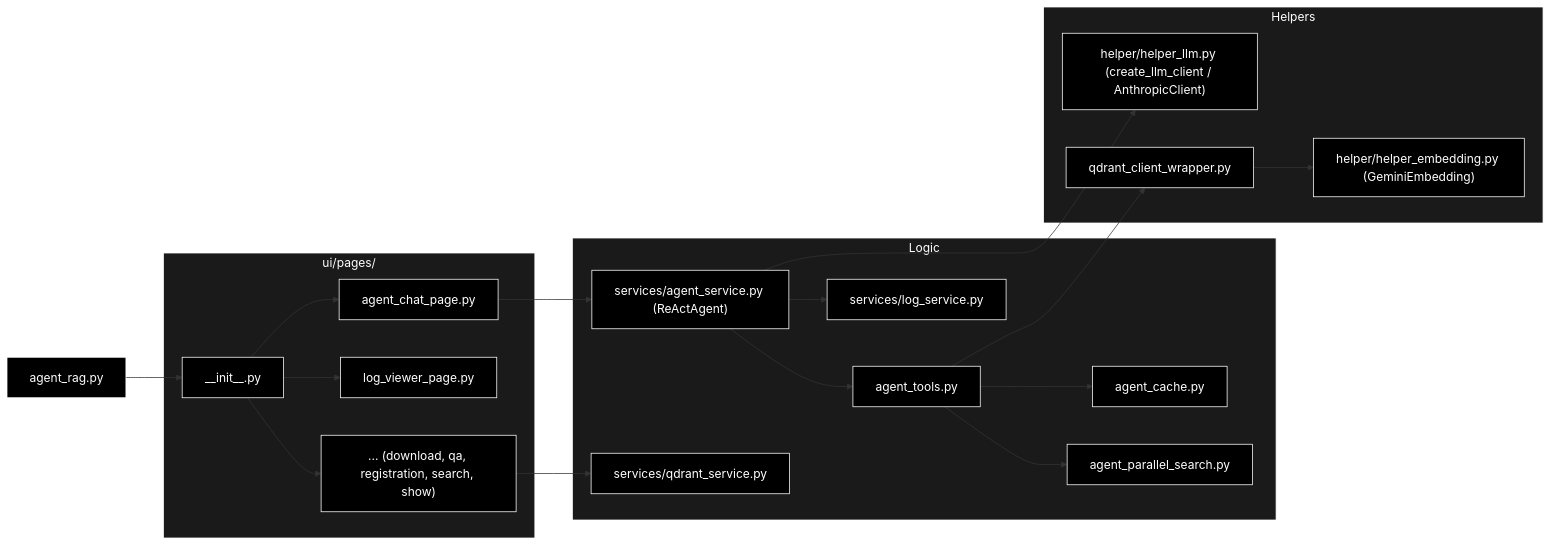
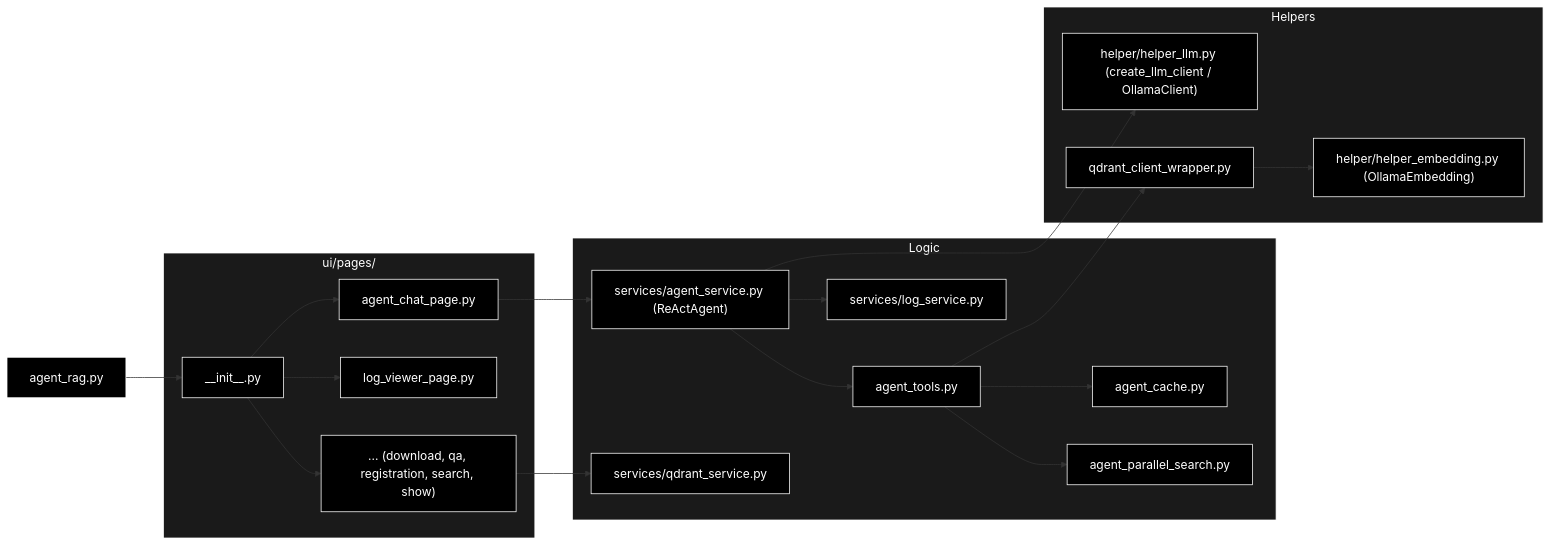
One commit to nakashima2toshio/ollama_grace_agent_v2 changed the second of 10 diagrams in readme_react_reflection.md. Above: the diagram before and after it, drawn with Mermaid. The commit also changed other lines of this file and 5 other files, not shown here.

First line of the commit message:
docs(readme): Ollama ネイティブ化（README*.md の Anthropic/Gemini/OpenAI 表記を統一）

````diff
--- a/readme_react_reflection.md
+++ b/readme_react_reflection.md
@@ -178,48 +180,48 @@
 ```mermaid
 graph LR
     Main["agent_rag.py"]
 
     subgraph UI_Pages ["ui/pages/"]
         InitUI["__init__.py"]
         AgentPage["agent_chat_page.py"]
         LogPage["log_viewer_page.py"]
         OtherPages["... (download, qa, registration, search, show)"]
     end
 
     subgraph Logic_Layer ["Logic"]
         AgentSvc["services/agent_service.py (ReActAgent)"]
         Tools["agent_tools.py"]
         Cache["agent_cache.py"]
         Parallel["agent_parallel_search.py"]
         QS["services/qdrant_service.py"]
         LogSvc["services/log_service.py"]
     end
 
     subgraph Helper_Layer ["Helpers"]
-        LLMHelper["helper/helper_llm.py (create_llm_client / AnthropicClient)"]
-        HelperEmbed["helper/helper_embedding.py (GeminiEmbedding)"]
+        LLMHelper["helper/helper_llm.py (create_llm_client / OllamaClient)"]
+        HelperEmbed["helper/helper_embedding.py (OllamaEmbedding)"]
         QdrantWrapper["qdrant_client_wrapper.py"]
     end
 
     Main --> InitUI
     InitUI --> AgentPage
     InitUI --> LogPage
     InitUI --> OtherPages
 
     AgentPage --> AgentSvc
     AgentSvc --> Tools
     AgentSvc --> LLMHelper
     AgentSvc --> LogSvc
     Tools --> Cache
     Tools --> Parallel
     Tools --> QdrantWrapper
     QdrantWrapper --> HelperEmbed
 
     OtherPages --> QS
 classDef default fill:#000,stroke:#fff,color:#fff
 classDef subgraphStyle fill:#1a1a1a,stroke:#fff,color:#fff
 class Main,InitUI,AgentPage,LogPage,OtherPages,AgentSvc,Tools,Cache,Parallel,QS,LogSvc,LLMHelper,HelperEmbed,QdrantWrapper default
 style UI_Pages fill:#1a1a1a,stroke:#fff,color:#fff
 style Logic_Layer fill:#1a1a1a,stroke:#fff,color:#fff
 style Helper_Layer fill:#1a1a1a,stroke:#fff,color:#fff
 ```
````
